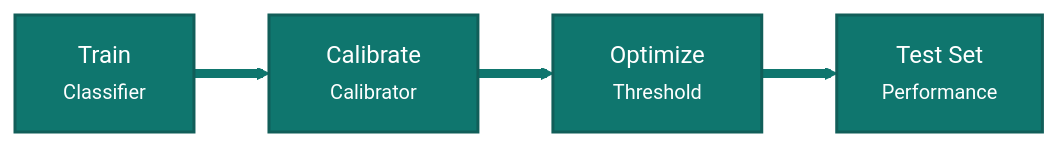
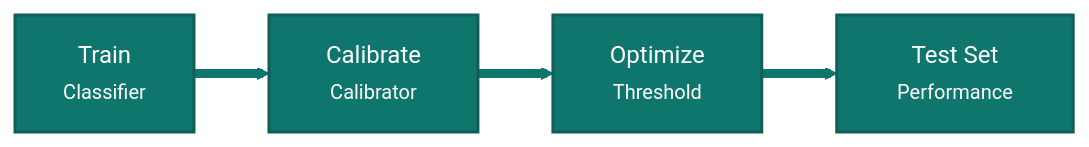
One commit to Pablo-Molla-Charlez/SecondaryModel changed the third of 4 diagrams in README.md. Above: the diagram before and after it, drawn with Mermaid. The commit also changed other lines of this file, not shown here.

````diff
--- a/README.md
+++ b/README.md
@@ -88,11 +88,11 @@
 ```mermaid
 %%{init: {'theme': 'base', 'themeVariables': { 'primaryColor': '#0f766e', 'primaryBorderColor': '#115e59', 'primaryTextColor': '#ffffff', 'secondaryColor': '#f59e0b', 'tertiaryColor': '#dbeafe', 'lineColor': '#0f172a', 'background': '#ffffff'}}}%%
 flowchart LR
     A["&nbsp;&nbsp;&nbsp;Train&nbsp;&nbsp;&nbsp;<br/><small>Classifier</small>"] --> B["&nbsp;&nbsp;Calibrate&nbsp;&nbsp;<br/><small>Calibrator</small>"]
     B --> C["&nbsp;&nbsp;Optimize&nbsp;&nbsp;<br/><small>Threshold</small>"]
-    D["&nbsp;&nbsp;Test Set&nbsp;&nbsp;<br/><small>Performance</small>"]
+    D["&nbsp;&nbsp;&nbsp;&nbsp;&nbsp;Test Set&nbsp;&nbsp;&nbsp;&nbsp;&nbsp;<br/><small>Performance</small>"]
     C --> D
     classDef split fill:#0f766e,stroke:#115e59,color:#ffffff,stroke-width:2px;
     class A,B,C,D split;
     linkStyle default stroke:#0f766e,stroke-width:6px;
 ```
````
